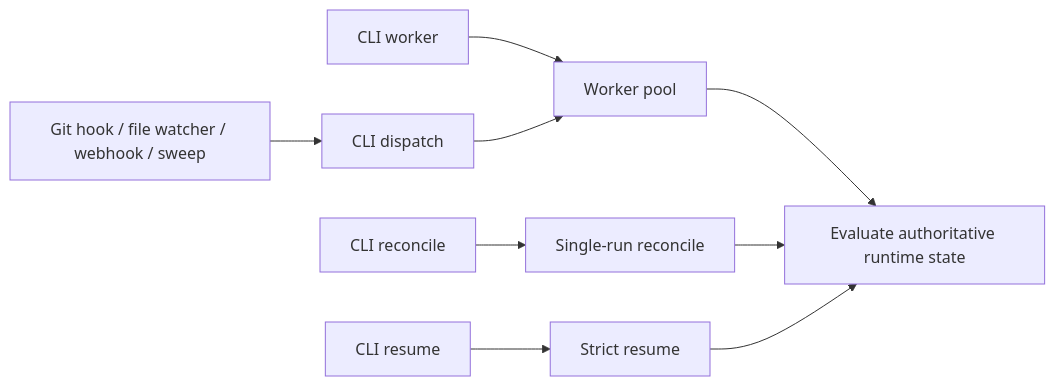
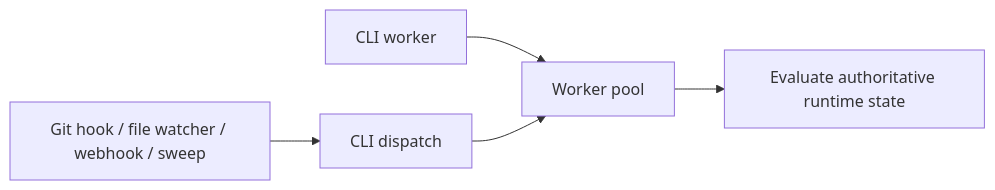
One commit to mantoni/pravaha changed the diagram in docs/reference/runtime/trigger-catalog.md. Above: the diagram before and after it, drawn with Mermaid. The commit also changed other lines of this file and 32 other files, not shown here.

Commit message:
Remove reconcile and resume commands

````diff
--- a/docs/reference/runtime/trigger-catalog.md
+++ b/docs/reference/runtime/trigger-catalog.md
@@ -49,11 +46,7 @@
 ```mermaid
 graph LR
   A["CLI worker"] --> G["Worker pool"]
   B["CLI dispatch"] --> G
-  C["CLI reconcile"] --> F["Single-run reconcile"]
-  D["CLI resume"] --> H["Strict resume"]
   E["Git hook / file watcher / webhook / sweep"] --> B
   G --> I["Evaluate authoritative runtime state"]
-  F --> I
-  H --> I
 ```
````
